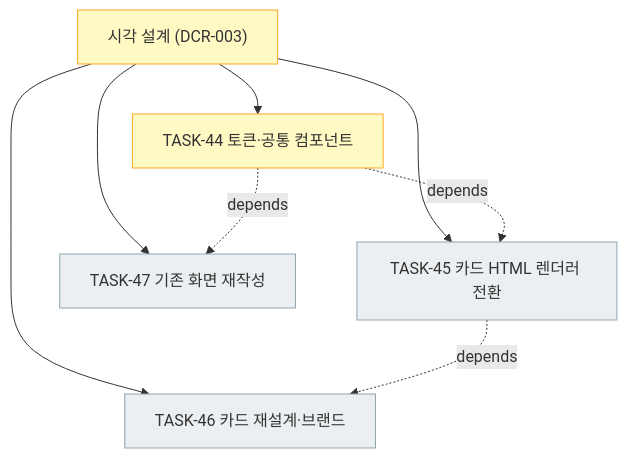
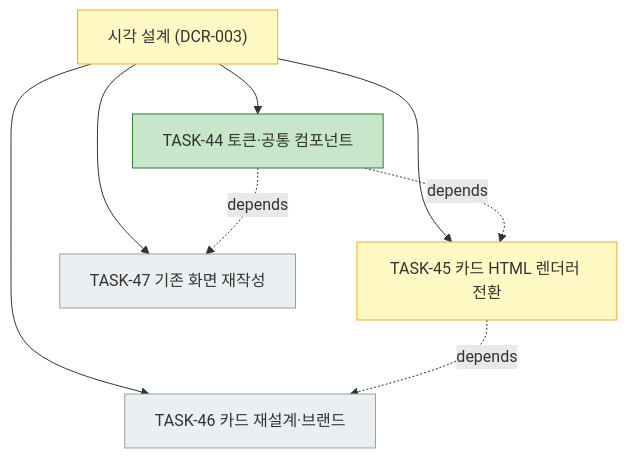
One commit to bluesky5008/mathdesk changed the fourth of 4 diagrams in docs/plan.md. Above: the diagram before and after it, drawn with Mermaid. The commit also changed other lines of this file and 18 other files, not shown here.

First line of the commit message:
feat(web): TASK-44 디자인 토큰 단일 소스와 공통 컴포넌트 기반

````diff
--- a/docs/plan.md
+++ b/docs/plan.md
@@ -211,14 +211,14 @@
 ```mermaid
 flowchart TD
     V["시각 설계 (DCR-003)"]:::active
-    V --> T44["TASK-44 토큰·공통 컴포넌트"]:::active
-    V --> T45["TASK-45 카드 HTML 렌더러 전환"]:::todo
+    V --> T44["TASK-44 토큰·공통 컴포넌트"]:::done
+    V --> T45["TASK-45 카드 HTML 렌더러 전환"]:::active
     V --> T46["TASK-46 카드 재설계·브랜드"]:::todo
     V --> T47["TASK-47 기존 화면 재작성"]:::todo
     T44 -. depends .-> T45
     T45 -. depends .-> T46
     T44 -. depends .-> T47
     classDef done fill:#c8e6c9,stroke:#2e7d32
     classDef active fill:#fff9c4,stroke:#f9a825
     classDef todo fill:#eceff1,stroke:#90a4ae
 ```
````
